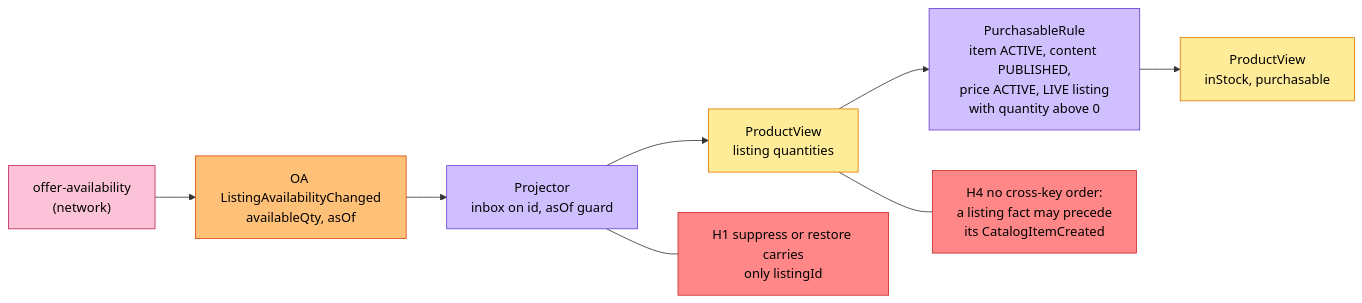
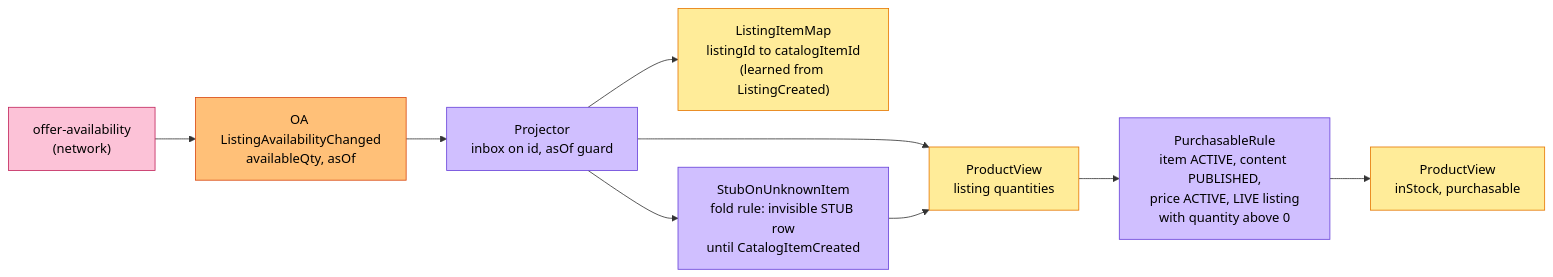
Before and after one commit to IQVO/warehouse-docs: the first of 4 diagrams in storefront/docs/contexts/product-discovery/eventstorming.md, drawn with Mermaid. The commit also changed other lines of this file and 16 other files, not shown here.

````diff
--- a/storefront/docs/contexts/product-discovery/eventstorming.md
+++ b/storefront/docs/contexts/product-discovery/eventstorming.md
@@ -43,24 +43,24 @@
 ```mermaid
 flowchart LR
     OA["offer-availability<br/>(network)"]:::external
     E1["OA ListingAvailabilityChanged<br/>availableQty, asOf"]:::event
     P1["Projector<br/>inbox on id, asOf guard"]:::policy
+    MAP["ListingItemMap<br/>listingId to catalogItemId<br/>(learned from ListingCreated)"]:::readmodel
     RM["ProductView<br/>listing quantities"]:::readmodel
     P2["PurchasableRule<br/>item ACTIVE, content PUBLISHED,<br/>price ACTIVE, LIVE listing<br/>with quantity above 0"]:::policy
     RM2["ProductView<br/>inStock, purchasable"]:::readmodel
-    H1["H1 suppress or restore carries<br/>only listingId"]:::hotspot
-    H4["H4 no cross-key order:<br/>a listing fact may precede<br/>its CatalogItemCreated"]:::hotspot
+    P3["StubOnUnknownItem<br/>fold rule: invisible STUB row<br/>until CatalogItemCreated"]:::policy
 
     OA --> E1 --> P1 --> RM --> P2 --> RM2
-    P1 --- H1
-    RM --- H4
+    P1 --> MAP
+    P1 --> P3 --> RM
 
     classDef actor fill:#fff59d,stroke:#b59f00,color:#000
     classDef readmodel fill:#ffec99,stroke:#e67700,color:#000
     classDef event fill:#ffc078,stroke:#d9480f,color:#000
     classDef policy fill:#d0bfff,stroke:#6741d9,color:#000
     classDef query fill:#a5d8ff,stroke:#1971c2,color:#000
     classDef search fill:#b2f2bb,stroke:#2f9e44,color:#000
     classDef external fill:#fcc2d7,stroke:#c2255c,color:#000
     classDef hotspot fill:#ff8787,stroke:#c92a2a,color:#000
 ```
````
